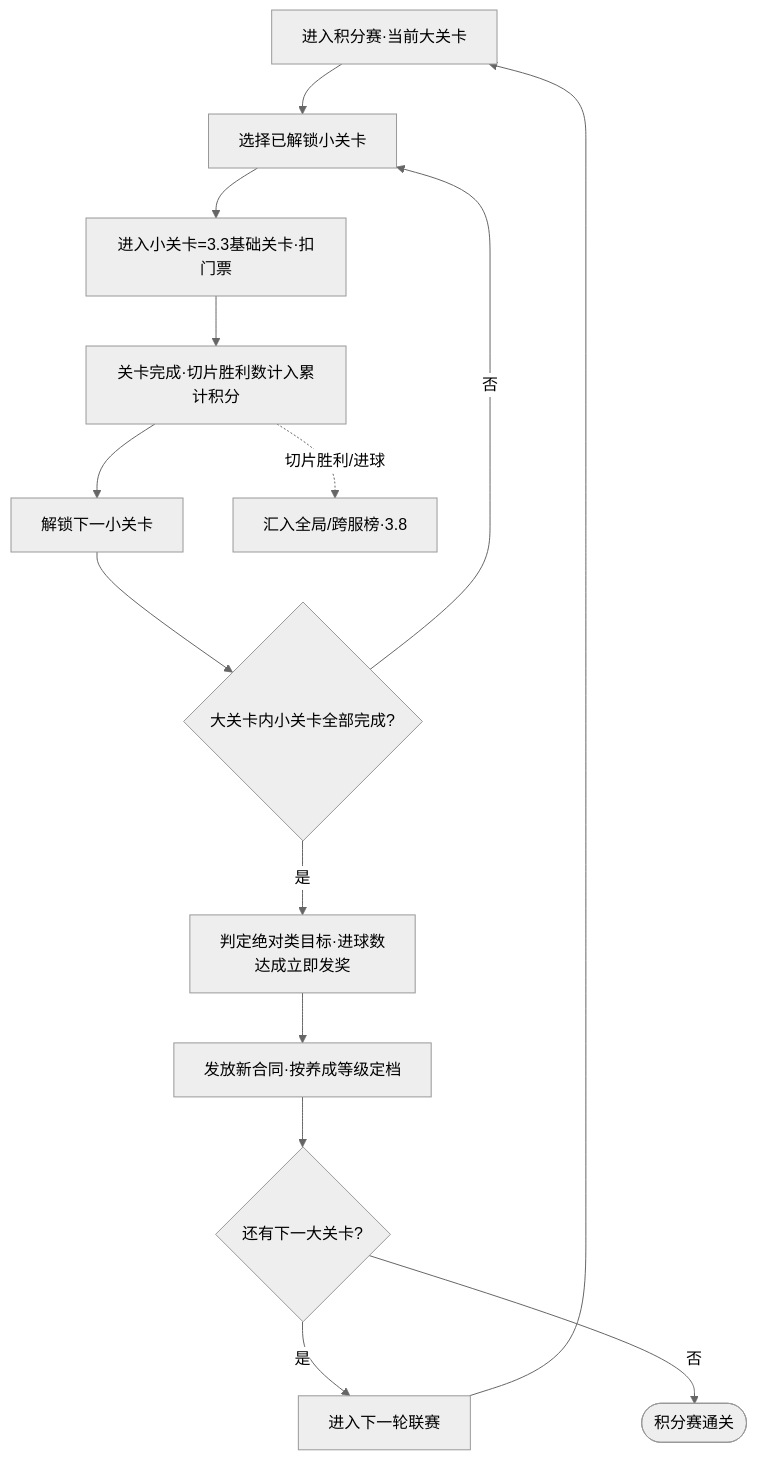
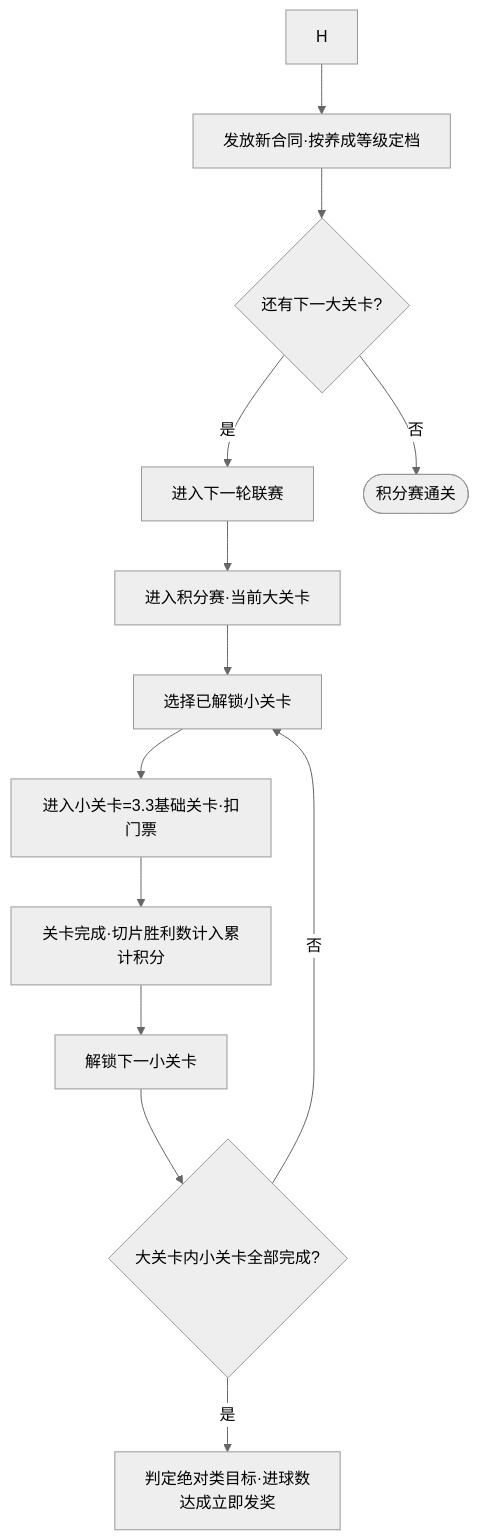
One commit to RehearsalTap4Fun/MindToDoc changed the fifth of 7 diagrams in output/2026世界杯主题活动-开发文档.md. Above: the diagram before and after it, drawn with Mermaid (neutral theme). The commit also changed other lines of this file, not shown here.

````diff
--- a/output/2026世界杯主题活动-开发文档.md
+++ b/output/2026世界杯主题活动-开发文档.md
@@ -517,15 +558,14 @@
 ```mermaid
 flowchart TD
     A[进入积分赛·当前大关卡] --> B[选择已解锁小关卡]
     B --> C[进入小关卡=3.3基础关卡·扣门票]
     C --> D[关卡完成·切片胜利数计入累计积分]
     D --> E[解锁下一小关卡]
     E --> F{大关卡内小关卡全部完成?}
     F -->|否| B
     F -->|是| G[判定绝对类目标·进球数<br/>达成立即发奖]
-    G --> J[发放新合同·按养成等级定档]
-    D -.切片胜利/进球.-> R[汇入全局/跨服榜·3.8]
+    H --> J[发放新合同·按养成等级定档]
     J --> K{还有下一大关卡?}
     K -->|是| L[进入下一轮联赛] --> A
     K -->|否| M([积分赛通关])
 ```
````
